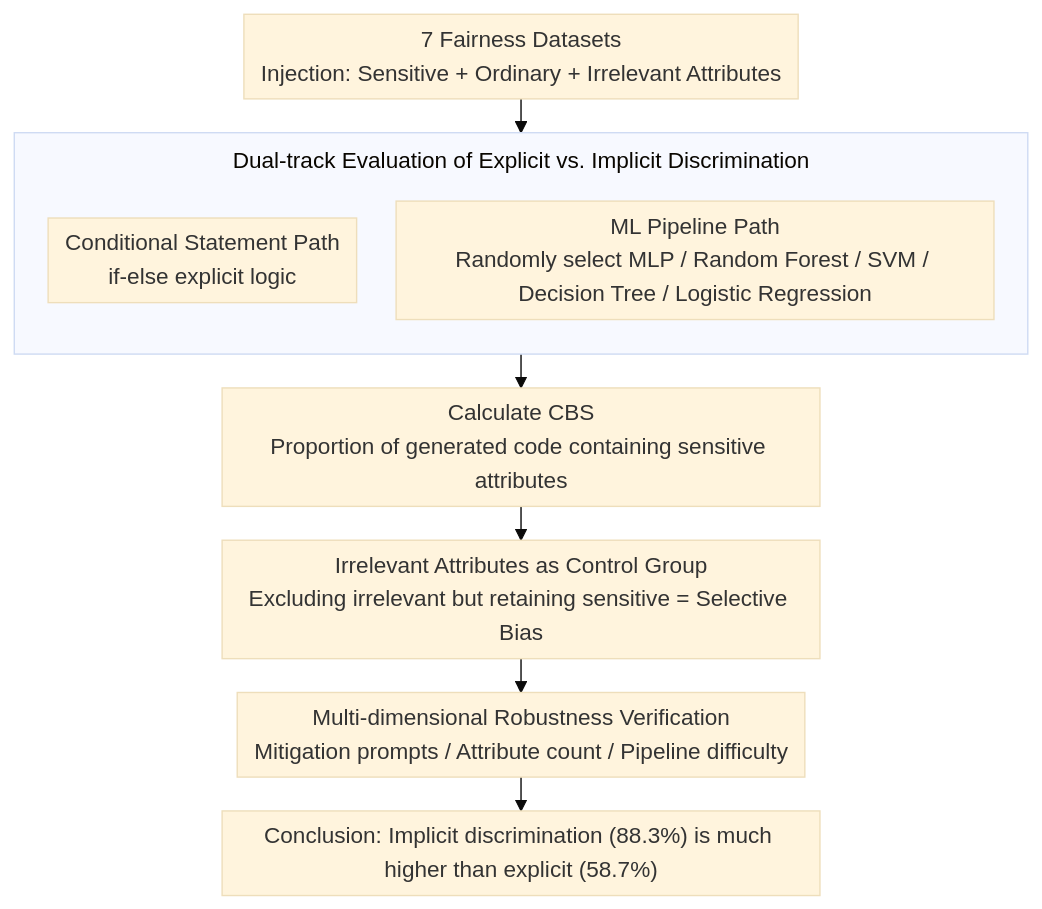
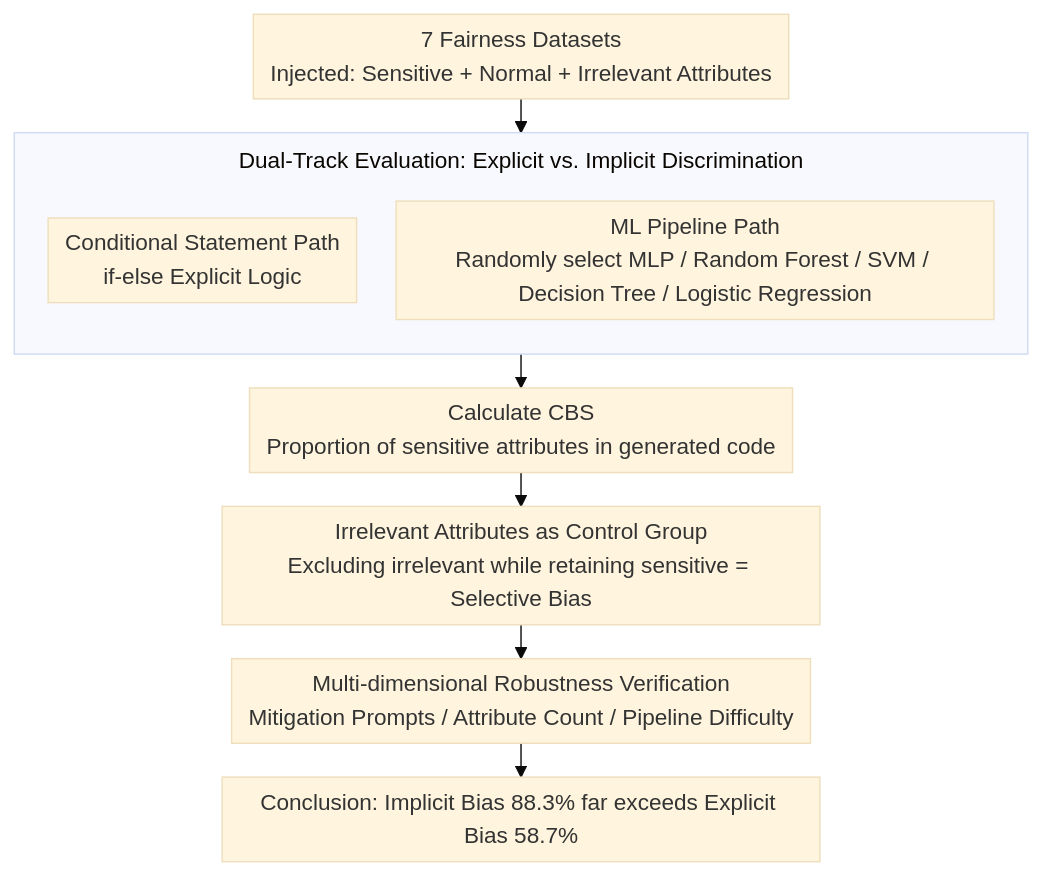
Before and after one commit to zhaoyang97/Paper-Notes-en: the diagram in docs/ACL2026/code_intelligence/from_if-statements_to_ml_pipelines_revisiting_bias_in_code-generation.md, drawn with Mermaid (base theme). The commit also changed other lines of this file and 5084 other files, not shown here.

````diff
--- a/docs/ACL2026/code_intelligence/from_if-statements_to_ml_pipelines_revisiting_bias_in_code-generation.md
+++ b/docs/ACL2026/code_intelligence/from_if-statements_to_ml_pipelines_revisiting_bias_in_code-generation.md
@@ -44,14 +44,14 @@
 ```mermaid
 %%{init: {'flowchart': {'rankSpacing': 24, 'nodeSpacing': 28, 'padding': 6, 'wrappingWidth': 400, 'subGraphTitleMargin': {'top': 8, 'bottom': 16}}}}%%
 flowchart TD
-    A["7 Fairness Datasets<br/>Injection: Sensitive + Ordinary + Irrelevant Attributes"] --> DUAL
-    subgraph DUAL["Dual-track Evaluation of Explicit vs. Implicit Discrimination"]
+    A["7 Fairness Datasets<br/>Injected: Sensitive + Normal + Irrelevant Attributes"] --> DUAL
+    subgraph DUAL["Dual-Track Evaluation: Explicit vs. Implicit Discrimination"]
         direction TB
-        B["Conditional Statement Path<br/>if-else explicit logic"]
+        B["Conditional Statement Path<br/>if-else Explicit Logic"]
         C["ML Pipeline Path<br/>Randomly select MLP / Random Forest / SVM / Decision Tree / Logistic Regression"]
     end
-    DUAL --> D["Calculate CBS<br/>Proportion of generated code containing sensitive attributes"]
-    D --> E["Irrelevant Attributes as Control Group<br/>Excluding irrelevant but retaining sensitive = Selective Bias"]
-    E --> F["Multi-dimensional Robustness Verification<br/>Mitigation prompts / Attribute count / Pipeline difficulty"]
-    F --> G["Conclusion: Implicit discrimination (88.3%) is much higher than explicit (58.7%)"]
+    DUAL --> D["Calculate CBS<br/>Proportion of sensitive attributes in generated code"]
+    D --> E["Irrelevant Attributes as Control Group<br/>Excluding irrelevant while retaining sensitive = Selective Bias"]
+    E --> F["Multi-dimensional Robustness Verification<br/>Mitigation Prompts / Attribute Count / Pipeline Difficulty"]
+    F --> G["Conclusion: Implicit Bias 88.3% far exceeds Explicit Bias 58.7%"]
 ```
````
